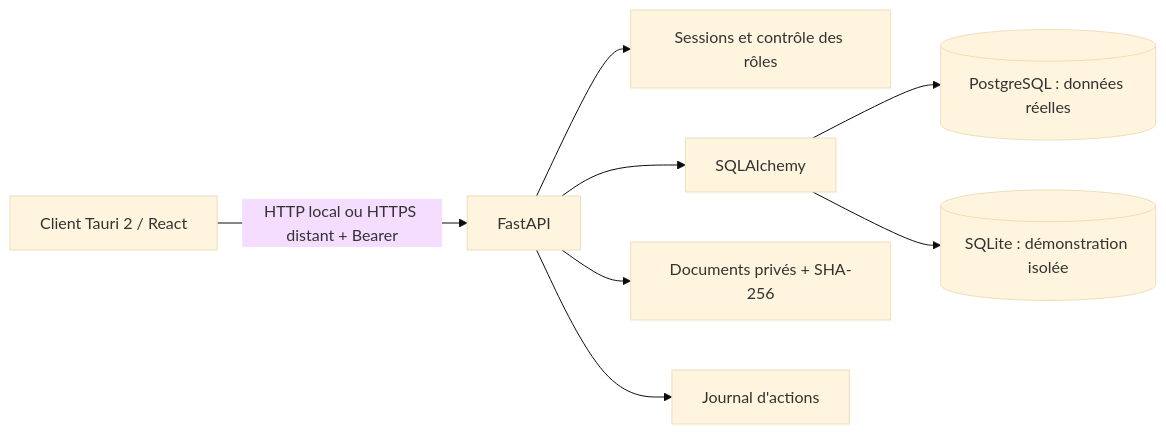
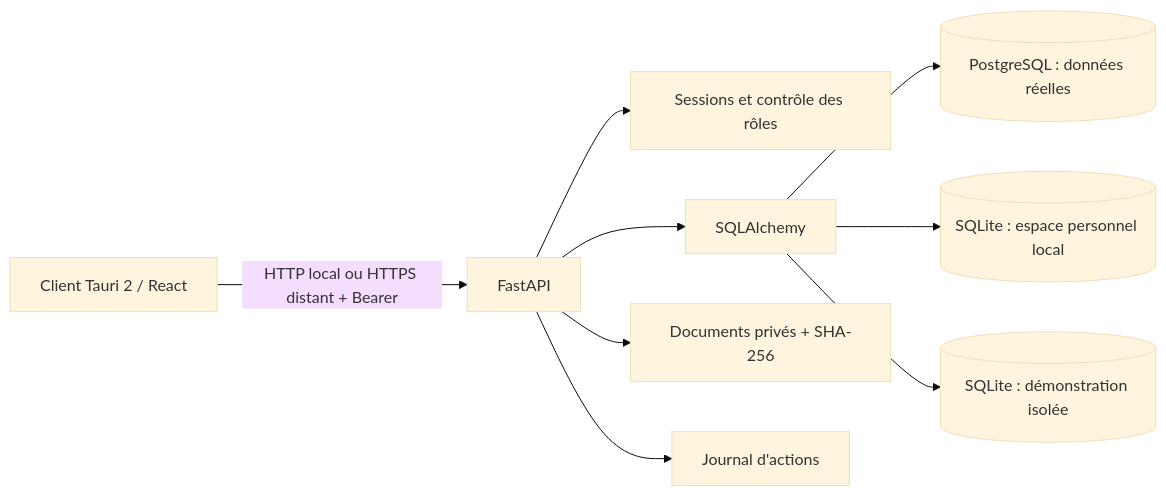
Before and after one commit to colonelchaboumm/vwimo: the first of 2 diagrams in docs/ARCHITECTURE.md, drawn with Mermaid (base theme). The commit also changed other lines of this file and 27 other files, not shown here.

````diff
--- a/docs/ARCHITECTURE.md
+++ b/docs/ARCHITECTURE.md
@@ -29,10 +29,11 @@
 ```mermaid
 flowchart LR
   Client[Client Tauri 2 / React] -->|HTTP local ou HTTPS distant + Bearer| API[FastAPI]
   API --> Auth[Sessions et contrôle des rôles]
   API --> ORM[SQLAlchemy]
   ORM --> PG[(PostgreSQL : données réelles)]
+  ORM --> Local[(SQLite : espace personnel local)]
   ORM --> Demo[(SQLite : démonstration isolée)]
   API --> Files[Documents privés + SHA-256]
   API --> Audit[Journal d'actions]
 ```
````
